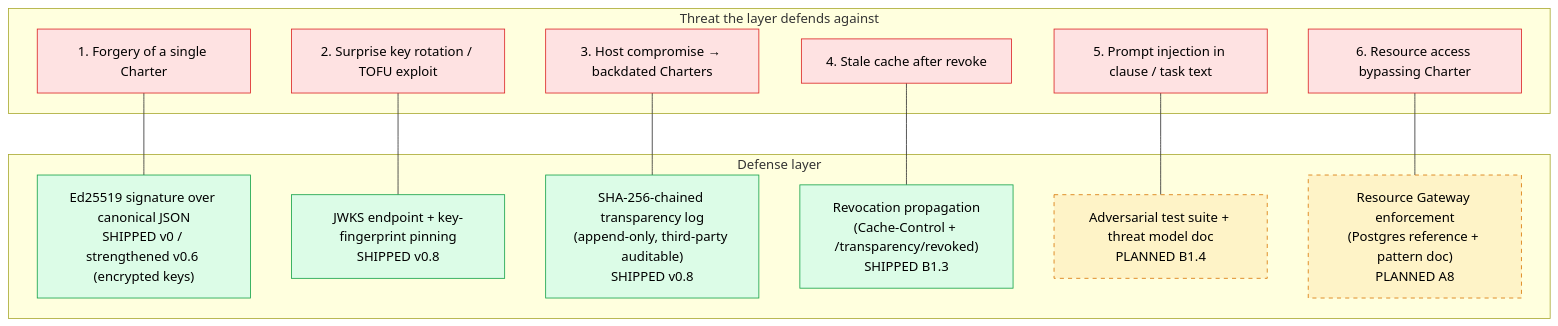
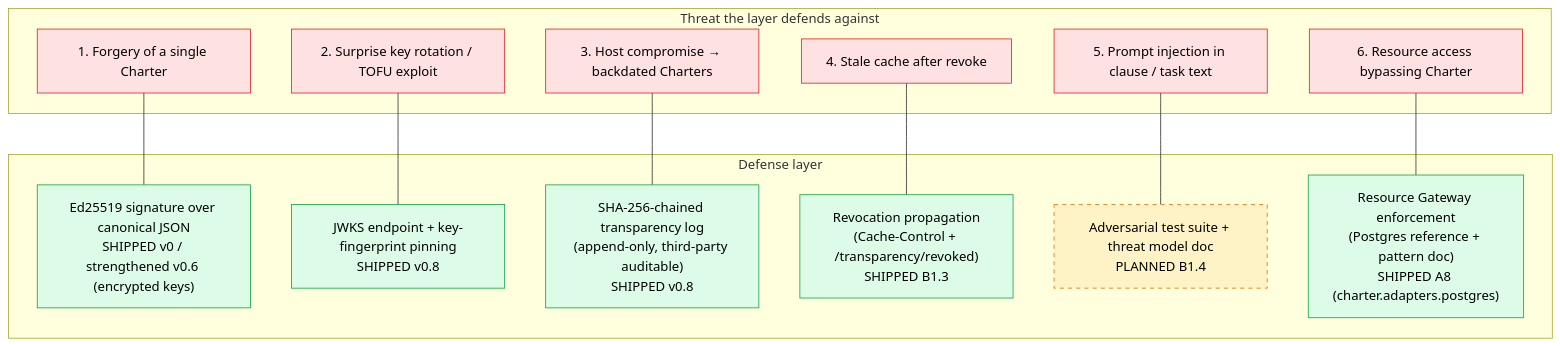
One commit to hnaymyh123-henry/charter changed the fifth of 6 diagrams in docs/architecture.md. Above: the diagram before and after it, drawn with Mermaid. The commit also changed other lines of this file and 11 other files, not shown here.

First line of the commit message:
feat(adapters): Postgres reference adapter — capability-boundary sample (#48)

````diff
--- a/docs/architecture.md
+++ b/docs/architecture.md
@@ -416,35 +423,35 @@
 ```mermaid
 flowchart TB
     subgraph THREAT["Threat the layer defends against"]
         T1["1. Forgery of a single Charter"]
         T2["2. Surprise key rotation / TOFU exploit"]
         T3["3. Host compromise → backdated Charters"]
         T4["4. Stale cache after revoke"]
         T5["5. Prompt injection in clause / task text"]
         T6["6. Resource access bypassing Charter"]
     end
 
     subgraph DEFENSE["Defense layer"]
         D1["Ed25519 signature over canonical JSON<br/>SHIPPED v0 / strengthened v0.6 (encrypted keys)"]
         D2["JWKS endpoint + key-fingerprint pinning<br/>SHIPPED v0.8"]
         D3["SHA-256-chained transparency log<br/>(append-only, third-party auditable)<br/>SHIPPED v0.8"]
         D4["Revocation propagation<br/>(Cache-Control + /transparency/revoked)<br/>SHIPPED B1.3"]
         D5["Adversarial test suite + threat model doc<br/>PLANNED B1.4"]
-        D6["Resource Gateway enforcement<br/>(Postgres reference + pattern doc)<br/>PLANNED A8"]
+        D6["Resource Gateway enforcement<br/>(Postgres reference + pattern doc)<br/>SHIPPED A8 (charter.adapters.postgres)"]
     end
 
     T1 --- D1
     T2 --- D2
     T3 --- D3
     T4 --- D4
     T5 --- D5
     T6 --- D6
 
     classDef shipped fill:#dcfce7,stroke:#16a34a,color:#000
     classDef planned fill:#fef3c7,stroke:#d97706,color:#000,stroke-dasharray: 5 5
     classDef threat fill:#fee2e2,stroke:#dc2626,color:#000
 
     class T1,T2,T3,T4,T5,T6 threat
-    class D1,D2,D3,D4 shipped
-    class D5,D6 planned
+    class D1,D2,D3,D4,D6 shipped
+    class D5 planned
 ```
````
